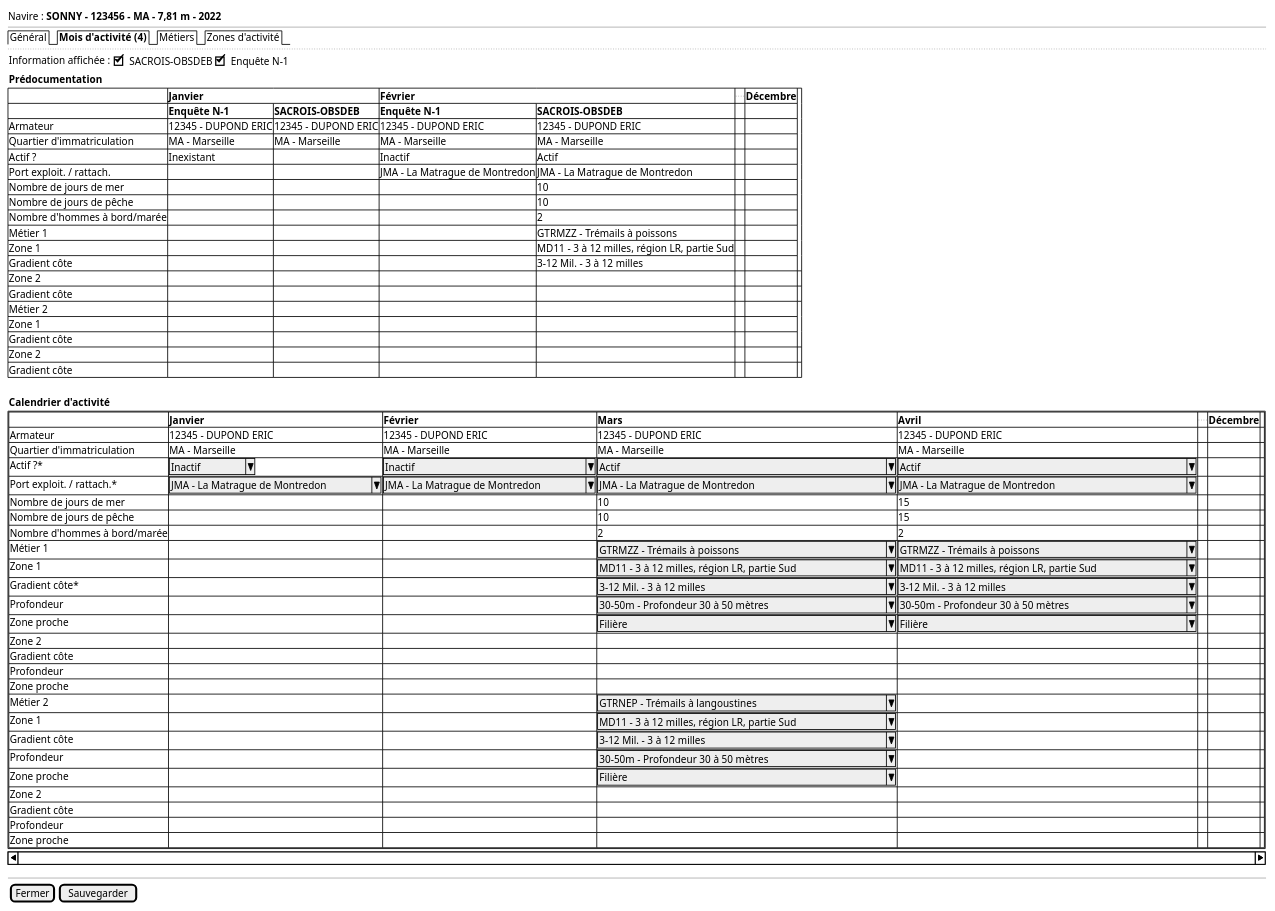
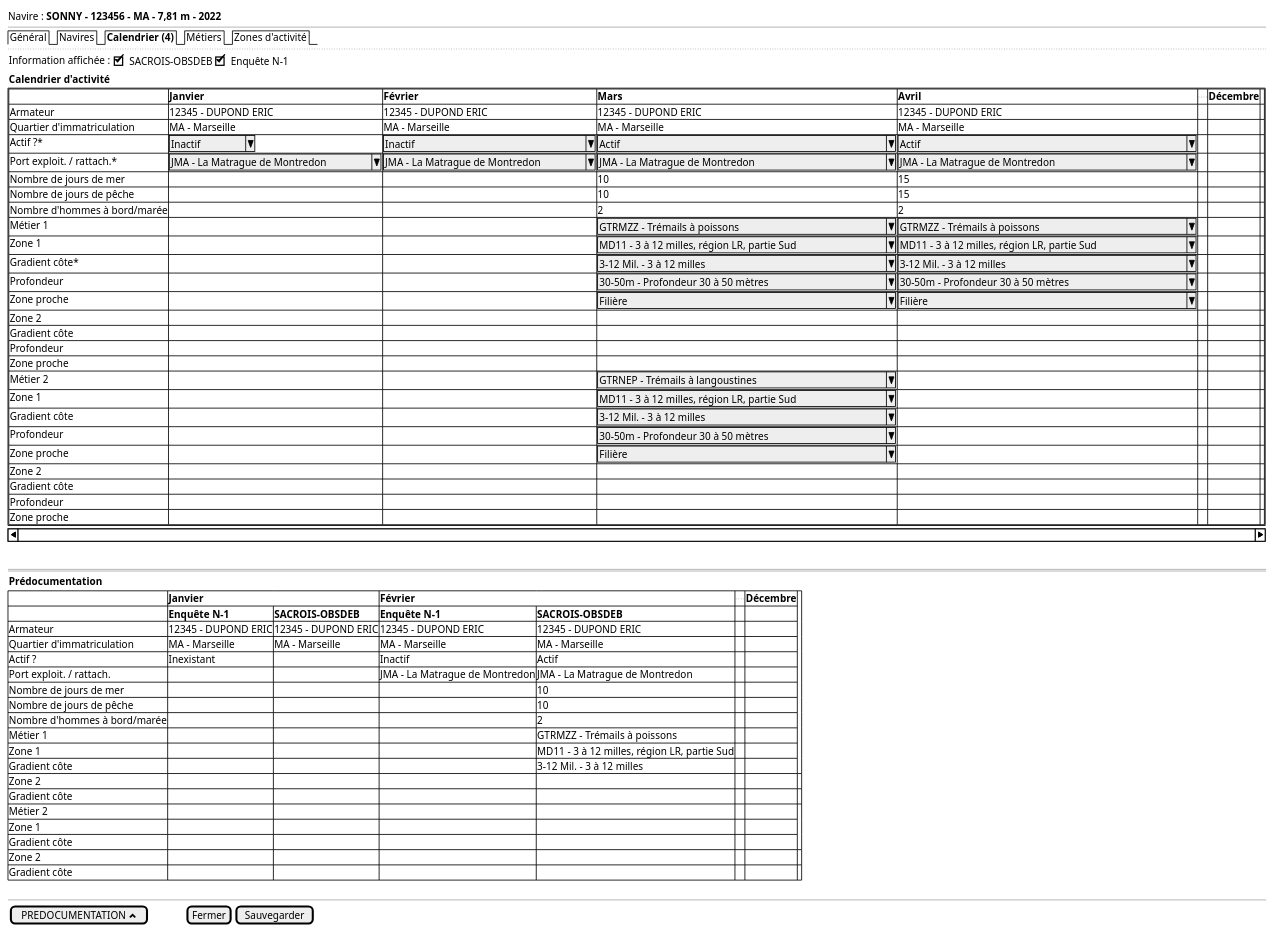
The diagram in projects/activity-calendar/spe/images/activity-calendar-new.puml (sumaris-net/sumaris-doc), drawn with PlantUML before and after one commit. The commit also changed 10 other files, not shown here.

```diff
--- a/projects/activity-calendar/spe/images/activity-calendar-new.puml
+++ b/projects/activity-calendar/spe/images/activity-calendar-new.puml
@@ -1,67 +1,69 @@
 @startsalt
 {
   Navire : <b>SONNY - 123456 - MA - 7,81 m - 2022
   --
-  {/ Général | <b>Mois d'activité (4) | Métiers | Zones d'activité}
+  {/ Général | Navires | <b>Calendrier (4) | Métiers | Zones d'activité}
   ..
 
   {Information affichée :  {[X]SACROIS-OBSDEB | [X]Enquête N-1 }}
-  {<b>Prédocumentation}
-  	{#
-     . | <b>Janvier | * | <b>Février | * | ... | <b>Décembre
-     . | <b>Enquête N-1 | <b>SACROIS-OBSDEB | <b>Enquête N-1 | <b>SACROIS-OBSDEB | . | .
-     Armateur | 12345 - DUPOND ERIC | 12345 - DUPOND ERIC | 12345 - DUPOND ERIC | 12345 - DUPOND ERIC | . | .
-     Quartier d'immatriculation | MA - Marseille | MA - Marseille | MA - Marseille | MA - Marseille | . | .
-     Actif ? | Inexistant | . | Inactif | Actif | . | .
-     Port exploit. / rattach. | . | . | JMA - La Matrague de Montredon | JMA - La Matrague de Montredon | . | .
-     Nombre de jours de mer | . | . | . | 10 | . | .
-     Nombre de jours de pêche | . | . | . | 10 | . | .
-     Nombre d'hommes à bord/marée | . | . | . | 2 | . | .
-     Métier 1 | . | . | .| GTRMZZ - Trémails à poissons | . | .
-     Zone 1 | . | . | .| MD11 - 3 à 12 milles, région LR, partie Sud | . | .
-     Gradient côte | . | . | .| 3-12 Mil. - 3 à 12 milles | . | .
-     Zone 2 | . | . | . | . | . | . | .
-     Gradient côte | . | . | . | . | . | . | .
-     Métier 2 | . | . | . | . | . | .
-     Zone 1 | . | . | . | . | . | .
-     Gradient côte | . | . | . | . | . | .
-     Zone 2 | . | . | . | . | . | . | .
-     Gradient côte | . | . | . | . | . | . | .
-     }
-     .
 
   {<b>Calendrier d'activité}
 	{S-
 	{#
      . | <b>Janvier | <b>Février | <b>Mars | <b>Avril| ... | <b>Décembre
      Armateur | 12345 - DUPOND ERIC | 12345 - DUPOND ERIC | 12345 - DUPOND ERIC | 12345 - DUPOND ERIC | . | . | .
      Quartier d'immatriculation | MA - Marseille | MA - Marseille | MA - Marseille | MA - Marseille | . | . | .
      Actif ?* | ^Inactif    ^| ^Inactif                       ^| ^Actif                                      ^ | ^Actif                                      ^| . | . | .
      Port exploit. / rattach.* | ^JMA - La Matrague de Montredon^ | ^JMA - La Matrague de Montredon^ | ^JMA - La Matrague de Montredon             ^ | ^JMA - La Matrague de Montredon             ^| . | . | .
      Nombre de jours de mer | . | . | 10 | 15 | . | . | .
      Nombre de jours de pêche | . | . | 10 | 15 | . | . | .
      Nombre d'hommes à bord/marée | . | . | 2 | 2 | . | . | .
      Métier 1 | . | . | ^GTRMZZ - Trémails à poissons               ^ | ^GTRMZZ - Trémails à poissons               ^ | . | . | .
      Zone 1 | . | . | ^MD11 - 3 à 12 milles, région LR, partie Sud^| ^MD11 - 3 à 12 milles, région LR, partie Sud^ | . | . | .
      Gradient côte* | . | . | ^3-12 Mil. - 3 à 12 milles                  ^| ^3-12 Mil. - 3 à 12 milles                  ^ | . | . | .
      Profondeur | . | . | ^30-50m - Profondeur 30 à 50 mètres         ^ | ^30-50m - Profondeur 30 à 50 mètres         ^ | . | . | .
      Zone proche | . | . | ^Filière                                    ^ | ^Filière                                    ^ | . | . | .
      Zone 2 | . | . | . | . | . | .
      Gradient côte | . | . | . | . | . | . | .
      Profondeur | . | . | . | . | . | . | .
      Zone proche | . | . | . | . | . | . | .
      Métier 2 | . | . | ^GTRNEP - Trémails à langoustines           ^ | . | . | . | .
      Zone 1 | . | . | ^MD11 - 3 à 12 milles, région LR, partie Sud^|.| . | . | .
      Gradient côte | . | . | ^3-12 Mil. - 3 à 12 milles                  ^|.| . | . | .
      Profondeur | . | . | ^30-50m - Profondeur 30 à 50 mètres         ^|.| . | . | .
      Zone proche | . | . | ^Filière                                    ^|.| . | . | .
      Zone 2 | . | . | . | . | . | . | .
      Gradient côte | . | . | . | . | . | . | .
      Profondeur | . | . | . | . | . | . | .
      Zone proche | . | . | . | . | . | . | .
     }
     }
+    .
+    ==
+  {<b>Prédocumentation}
+  	{#
+     . | <b>Janvier | * | <b>Février | * | ... | <b>Décembre
+     . | <b>Enquête N-1 | <b>SACROIS-OBSDEB | <b>Enquête N-1 | <b>SACROIS-OBSDEB | . | .
+     Armateur | 12345 - DUPOND ERIC | 12345 - DUPOND ERIC | 12345 - DUPOND ERIC | 12345 - DUPOND ERIC | . | .
+     Quartier d'immatriculation | MA - Marseille | MA - Marseille | MA - Marseille | MA - Marseille | . | .
+     Actif ? | Inexistant | . | Inactif | Actif | . | .
+     Port exploit. / rattach. | . | . | JMA - La Matrague de Montredon | JMA - La Matrague de Montredon | . | .
+     Nombre de jours de mer | . | . | . | 10 | . | .
+     Nombre de jours de pêche | . | . | . | 10 | . | .
+     Nombre d'hommes à bord/marée | . | . | . | 2 | . | .
+     Métier 1 | . | . | .| GTRMZZ - Trémails à poissons | . | .
+     Zone 1 | . | . | .| MD11 - 3 à 12 milles, région LR, partie Sud | . | .
+     Gradient côte | . | . | .| 3-12 Mil. - 3 à 12 milles | . | .
+     Zone 2 | . | . | . | . | . | . | .
+     Gradient côte | . | . | . | . | . | . | .
+     Métier 2 | . | . | . | . | . | .
+     Zone 1 | . | . | . | . | . | .
+     Gradient côte | . | . | . | . | . | .
+     Zone 2 | . | . | . | . | . | . | .
+     Gradient côte | . | . | . | . | . | . | .
+     }
+     .
   --
-  { [Fermer] | [Sauvegarder] }
+  { [PREDOCUMENTATION <&chevron-top> ] | . | . | . | . | . | . | . | . | [Fermer] | [Sauvegarder] }
 }
 @endsalt
```
